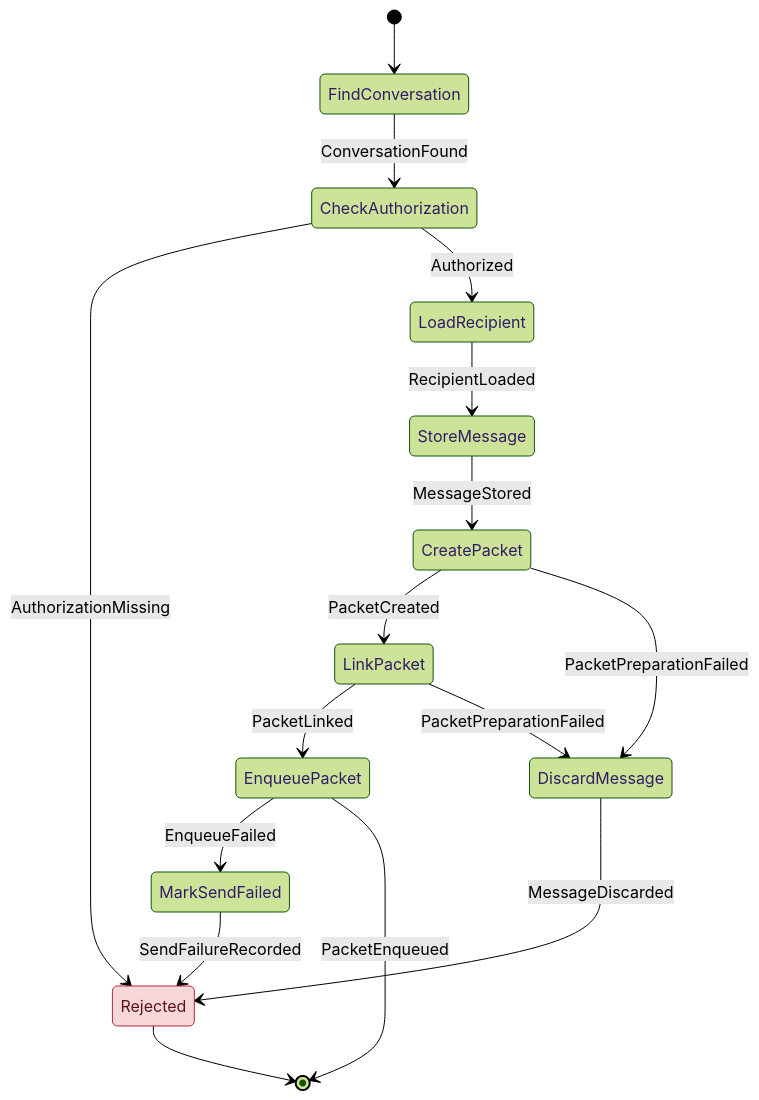
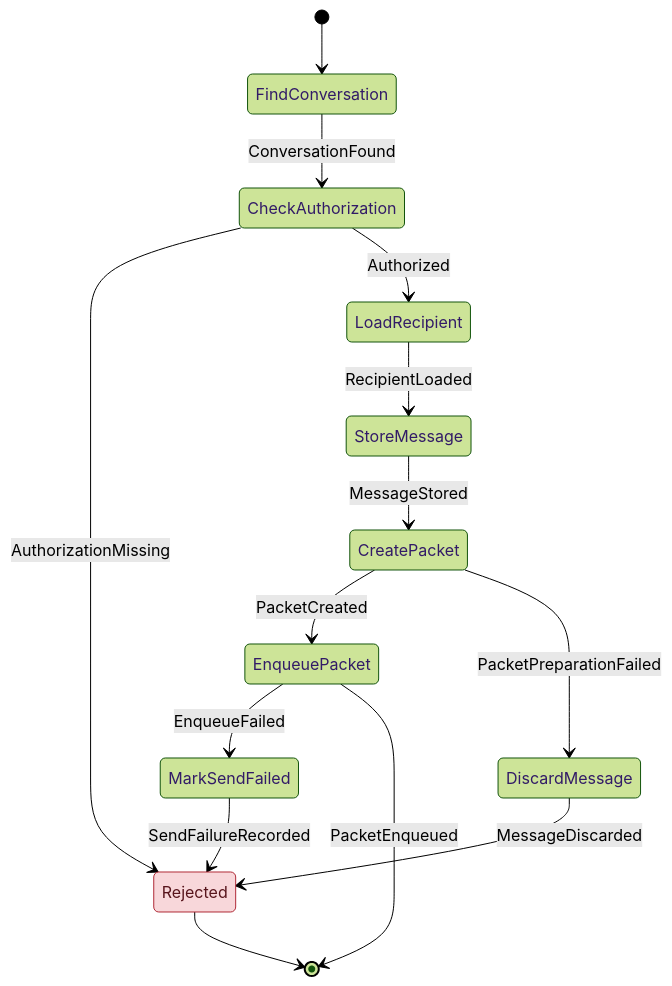
Before and after one commit to cbgm/Sparrow: the second of 22 diagrams in docs/architecture/workflows/message.md, drawn with Mermaid (forest theme). The commit also changed other lines of this file and 226 other files, not shown here.

````diff
--- a/docs/architecture/workflows/message.md
+++ b/docs/architecture/workflows/message.md
@@ -73,20 +72,18 @@
 ```mermaid
 stateDiagram-v2
     [*] --> FindConversation
     FindConversation --> CheckAuthorization : ConversationFound
     CheckAuthorization --> Rejected : AuthorizationMissing
     CheckAuthorization --> LoadRecipient : Authorized
     LoadRecipient --> StoreMessage : RecipientLoaded
     StoreMessage --> CreatePacket : MessageStored
-    CreatePacket --> LinkPacket : PacketCreated
+    CreatePacket --> EnqueuePacket : PacketCreated
     CreatePacket --> DiscardMessage : PacketPreparationFailed
-    LinkPacket --> EnqueuePacket : PacketLinked
-    LinkPacket --> DiscardMessage : PacketPreparationFailed
     DiscardMessage --> Rejected : MessageDiscarded
     EnqueuePacket --> MarkSendFailed : EnqueueFailed
     EnqueuePacket --> [*] : PacketEnqueued
     MarkSendFailed --> Rejected : SendFailureRecorded
     Rejected --> [*]
     classDef reject fill:#f8d7da,stroke:#b02a37,color:#58151c
     class Rejected reject
 ```
````
